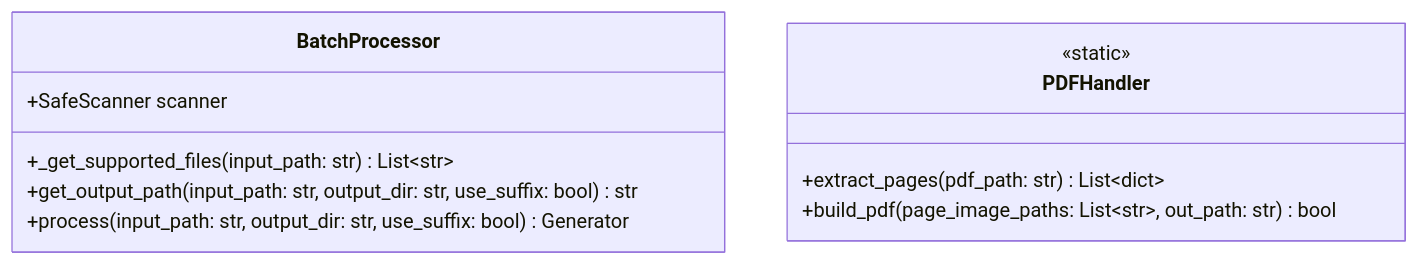
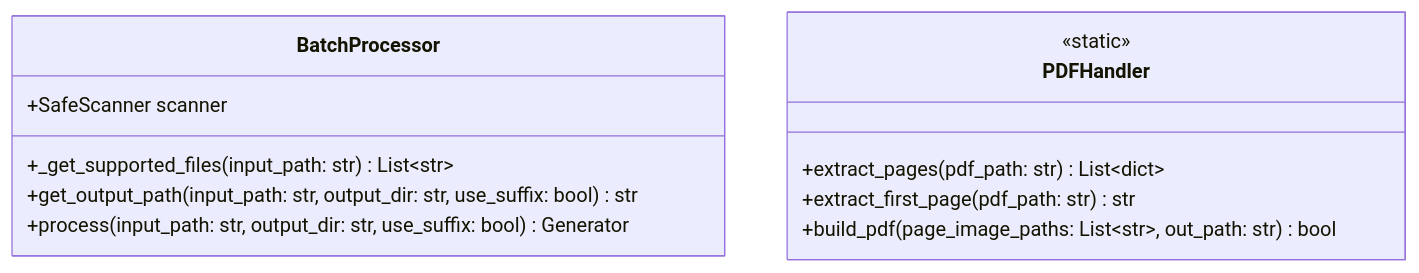
The second of 3 diagrams in docs/architecture/uml_classes.md (FurqanHun/SafeMARC), drawn with Mermaid before and after one commit. The commit also changed other lines of this file and 5 other files, not shown here.

````diff
--- a/docs/architecture/uml_classes.md
+++ b/docs/architecture/uml_classes.md
@@ -91,17 +105,18 @@
 ```mermaid
 classDiagram
     direction TB
 
     class BatchProcessor {
         +SafeScanner scanner
         +_get_supported_files(input_path: str) List~str~
         +get_output_path(input_path: str, output_dir: str, use_suffix: bool) str
         +process(input_path: str, output_dir: str, use_suffix: bool) Generator
     }
 
     class PDFHandler {
         <<static>>
         +extract_pages(pdf_path: str) List~dict~
+        +extract_first_page(pdf_path: str) str
         +build_pdf(page_image_paths: List~str~, out_path: str) bool
     }
 ```
````
